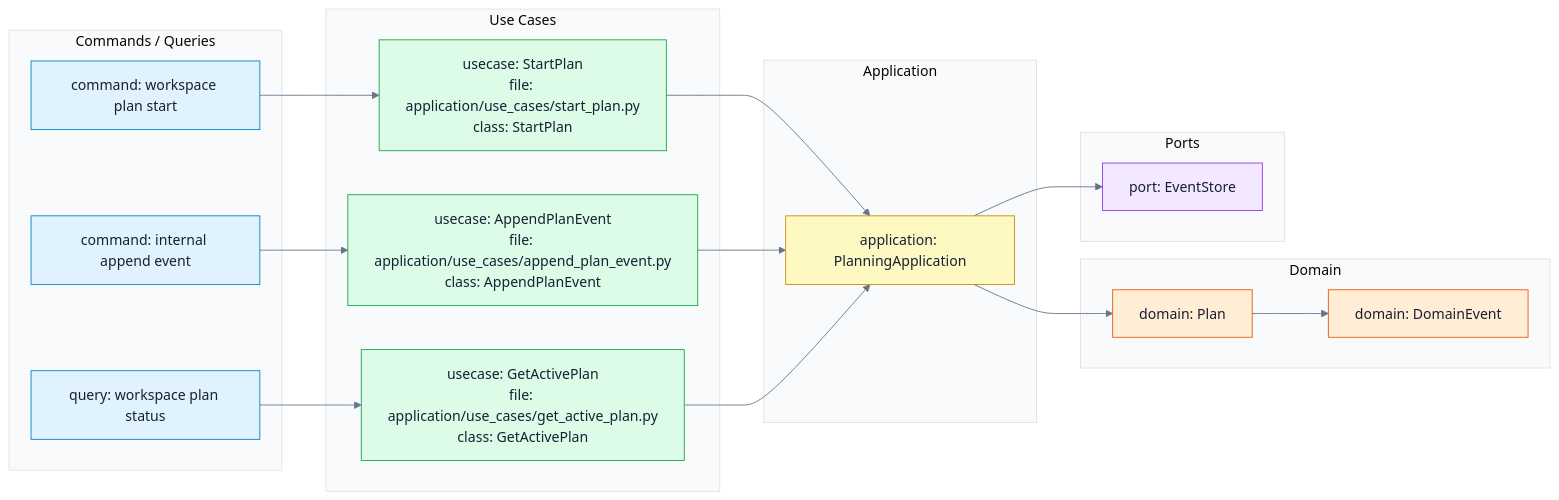
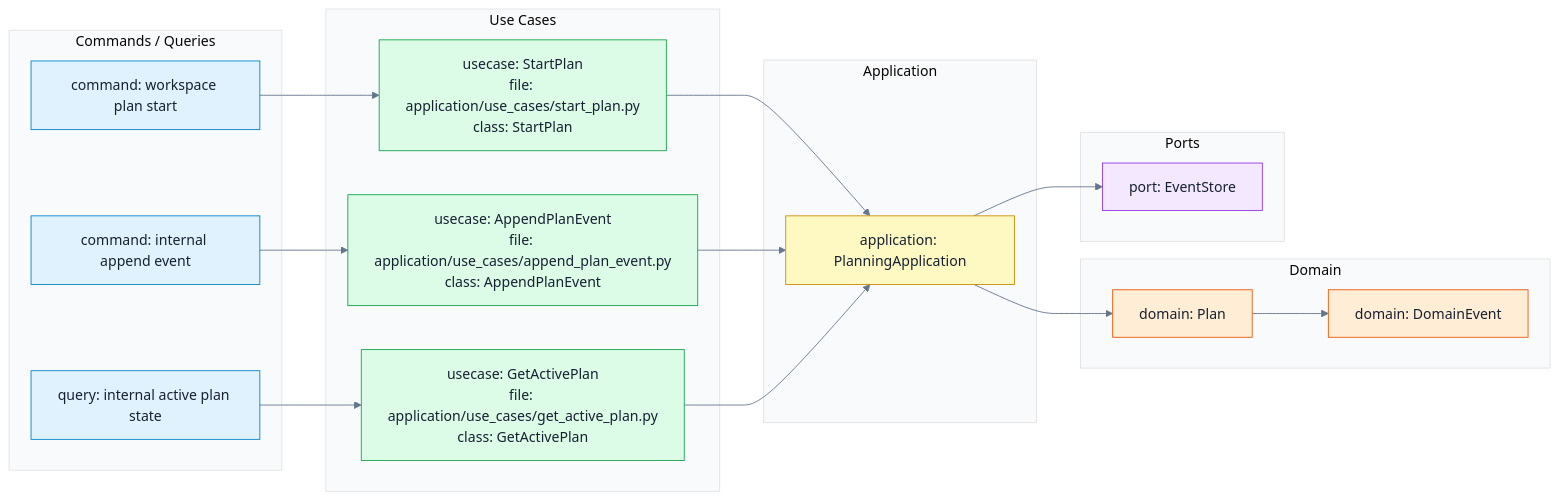
One commit to 9orky/enclosure changed the first of 3 diagrams in .enclosure/plans/planning-workflow/epics/event-sourced-core/SCHEMAS.md. Above: the diagram before and after it, drawn with Mermaid. The commit also changed other lines of this file and 23 other files, not shown here.

````diff
--- a/.enclosure/plans/planning-workflow/epics/event-sourced-core/SCHEMAS.md
+++ b/.enclosure/plans/planning-workflow/epics/event-sourced-core/SCHEMAS.md
@@ -33,50 +33,50 @@
 ```mermaid
 %% contract: use_cases
 %%{init: {"theme": "base", "themeVariables": {"primaryColor": "#e0f2fe", "primaryTextColor": "#172033", "primaryBorderColor": "#0284c7", "lineColor": "#64748b", "tertiaryColor": "#f8fafc"}}}%%
 flowchart LR
     subgraph commands["Commands / Queries"]
       cmd_start["command: workspace plan start"]
       cmd_append["command: internal append event"]
-      cmd_get["query: workspace plan status"]
+      cmd_get["query: internal active plan state"]
     end
 
     subgraph use_cases["Use Cases"]
       uc_start["usecase: StartPlan\nfile: application/use_cases/start_plan.py\nclass: StartPlan"]
       uc_append["usecase: AppendPlanEvent\nfile: application/use_cases/append_plan_event.py\nclass: AppendPlanEvent"]
       uc_get["usecase: GetActivePlan\nfile: application/use_cases/get_active_plan.py\nclass: GetActivePlan"]
     end
 
     subgraph app_layer["Application"]
       app["application: PlanningApplication"]
     end
 
     subgraph domain_layer["Domain"]
       aggregate["domain: Plan"]
       events["domain: DomainEvent"]
     end
 
     subgraph ports["Ports"]
       store["port: EventStore"]
     end
 
     cmd_start --> uc_start
     cmd_append --> uc_append
     cmd_get --> uc_get
     uc_start --> app
     uc_append --> app
     uc_get --> app
     app --> aggregate
     aggregate --> events
     app --> store
 
     classDef command fill:#e0f2fe,stroke:#0284c7,color:#172033;
     classDef usecase fill:#dcfce7,stroke:#16a34a,color:#172033;
     classDef app fill:#fef9c3,stroke:#ca8a04,color:#172033;
     classDef domain fill:#ffedd5,stroke:#ea580c,color:#172033;
     classDef port fill:#f3e8ff,stroke:#9333ea,color:#172033;
     class cmd_start,cmd_append,cmd_get command;
     class uc_start,uc_append,uc_get usecase;
     class app app;
     class aggregate,events domain;
     class store port;
 ```
````
